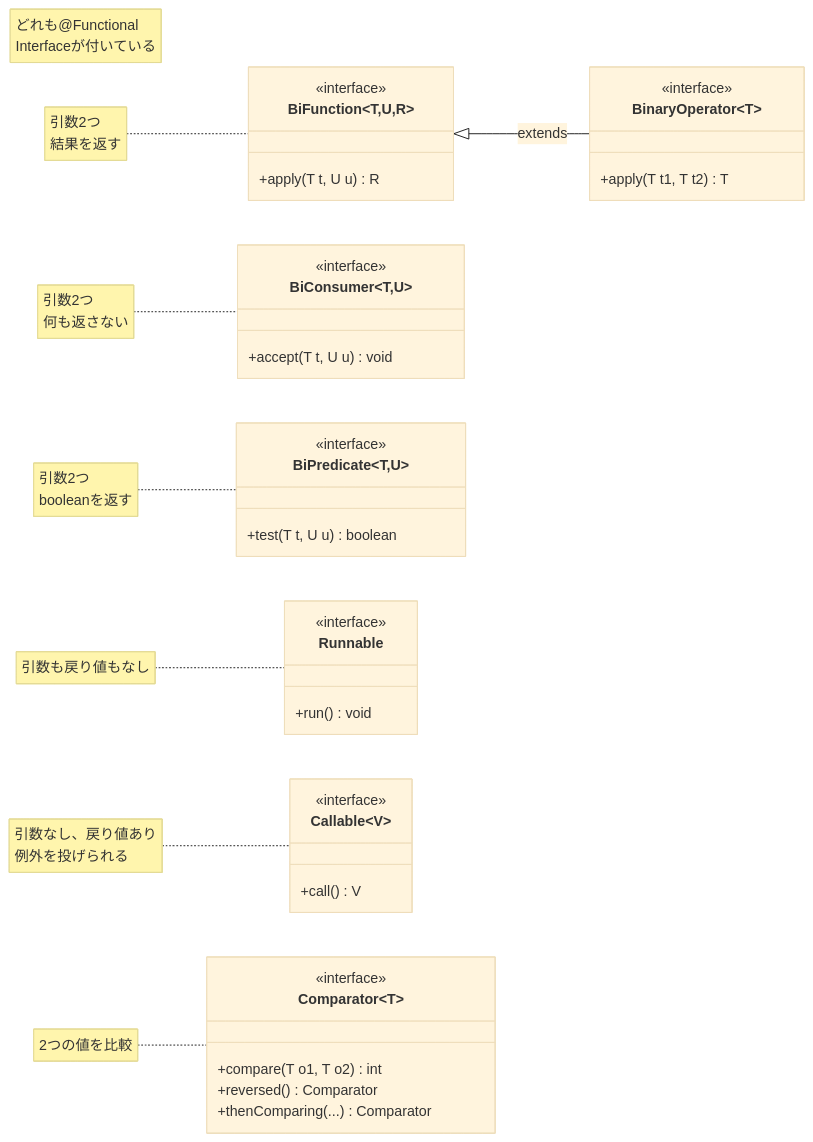
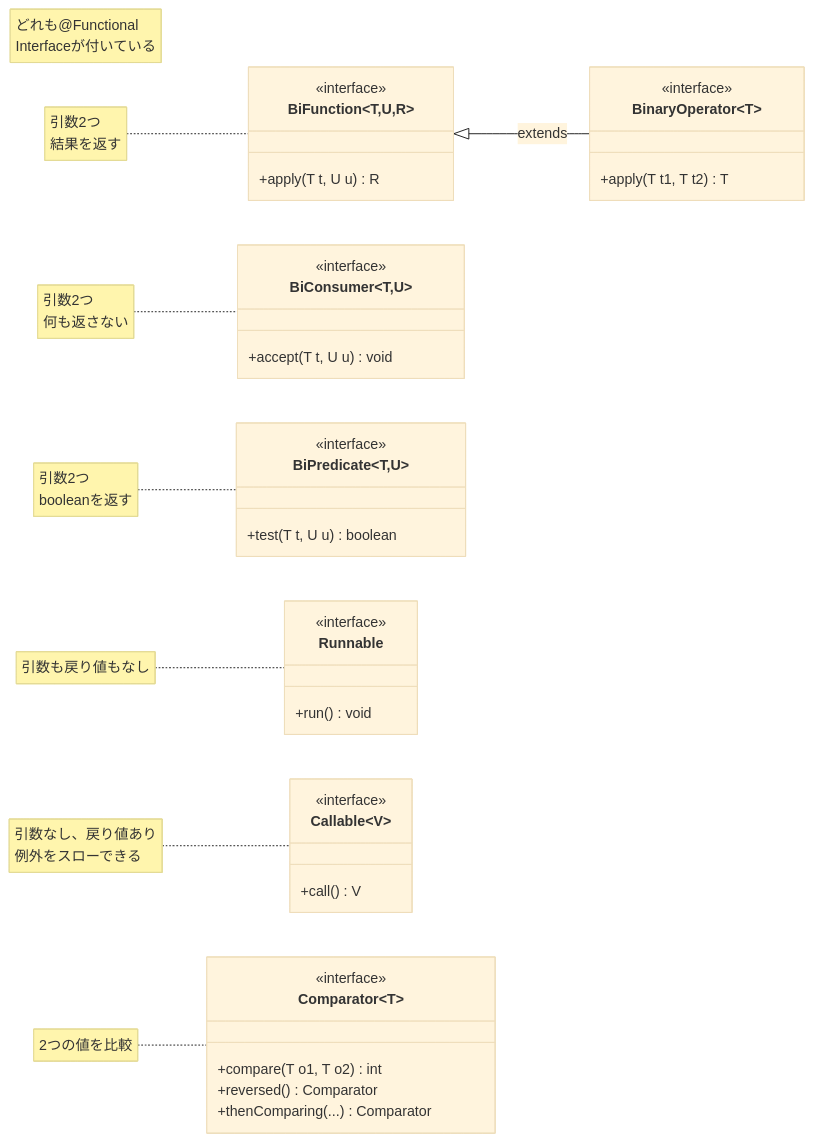
The diagram in docs/diagrams/chapter11-functional-interface-extended.mmd (Nagatani/techbook-java-primer), drawn with Mermaid (base theme) before and after one commit. The commit also changed 36 other files, not shown here.

First line of the commit message:
fix: 第9〜16章を校閲し、技術的な誤り・図の食い違い・表記を直す

```diff
--- a/docs/diagrams/chapter11-functional-interface-extended.mmd
+++ b/docs/diagrams/chapter11-functional-interface-extended.mmd
@@ -1,49 +1,49 @@
 classDiagram
     direction LR
 
     class BiFunction~T,U,R~ {
         <<interface>>
         +apply(T t, U u) R
     }
 
     class BinaryOperator~T~ {
         <<interface>>
         +apply(T t1, T t2) T
     }
 
     class BiConsumer~T,U~ {
         <<interface>>
         +accept(T t, U u) void
     }
 
     class BiPredicate~T,U~ {
         <<interface>>
         +test(T t, U u) boolean
     }
 
     class Runnable {
         <<interface>>
         +run() void
     }
 
     class Callable~V~ {
         <<interface>>
         +call() V
     }
 
     class Comparator~T~ {
         <<interface>>
         +compare(T o1, T o2) int
         +reversed() Comparator
         +thenComparing(...) Comparator
     }
 
     BiFunction~T,U,R~ <|-- BinaryOperator~T~ : extends
 
     note "どれも@Functional<br/>Interfaceが付いている"
     note for BiFunction "引数2つ<br/>結果を返す"
     note for BiConsumer "引数2つ<br/>何も返さない"
     note for BiPredicate "引数2つ<br/>booleanを返す"
     note for Runnable "引数も戻り値もなし"
-    note for Callable "引数なし、戻り値あり<br/>例外を投げられる"
+    note for Callable "引数なし、戻り値あり<br/>例外をスローできる"
     note for Comparator "2つの値を比較"
```
